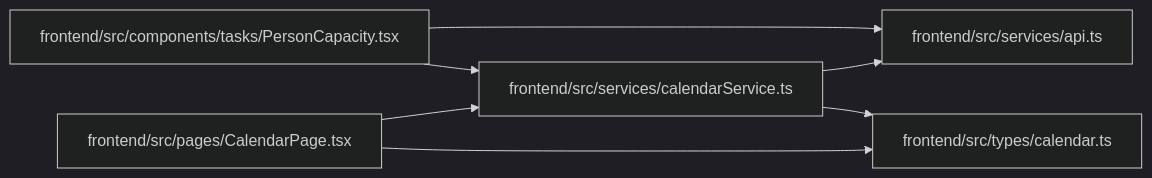
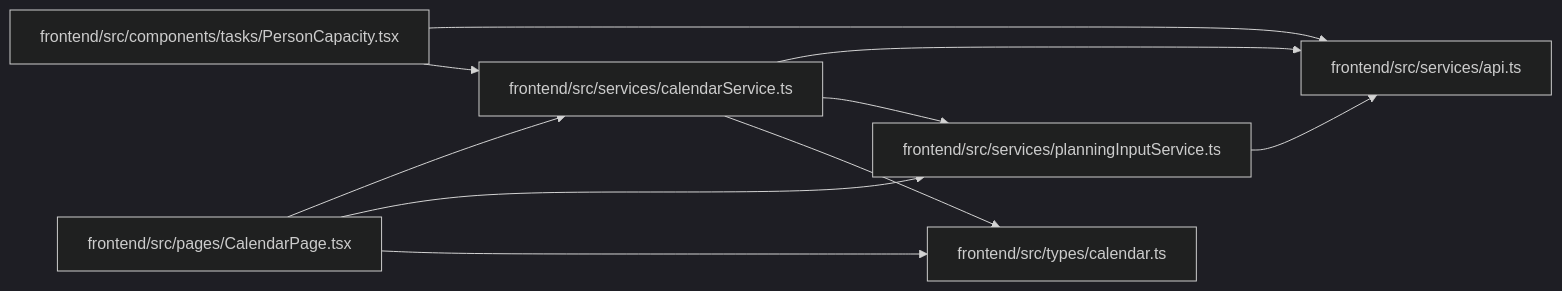
The diagram in docs/llm_wiki/modules/calendarService.md (Denissvgn/WorkChord), drawn with Mermaid (dark theme) before and after one commit. The commit also changed other lines of this file and 10148 other files, not shown here.

````diff
--- a/docs/llm_wiki/modules/calendarService.md
+++ b/docs/llm_wiki/modules/calendarService.md
@@ -26,19 +27,24 @@
 ```mermaid
 flowchart LR
     n0["frontend/src/components/tasks/PersonCapacity.tsx"]
     n1["frontend/src/pages/CalendarPage.tsx"]
     n2["frontend/src/services/api.ts"]
     n3["frontend/src/services/calendarService.ts"]
-    n4["frontend/src/types/calendar.ts"]
+    n4["frontend/src/services/planningInputService.ts"]
+    n5["frontend/src/types/calendar.ts"]
     n0 --> n2
     n0 --> n3
     n1 --> n3
     n1 --> n4
+    n1 --> n5
     n3 --> n2
     n3 --> n4
+    n3 --> n5
+    n4 --> n2
     click n0 "../modules/PersonCapacity.md"
     click n1 "../modules/CalendarPage.md"
     click n2 "../modules/api.md"
     click n3 "../modules/calendarService.md"
-    click n4 "../modules/types_calendar.md"
+    click n4 "../modules/planningInputService.md"
+    click n5 "../modules/types_calendar.md"
 ```
````
